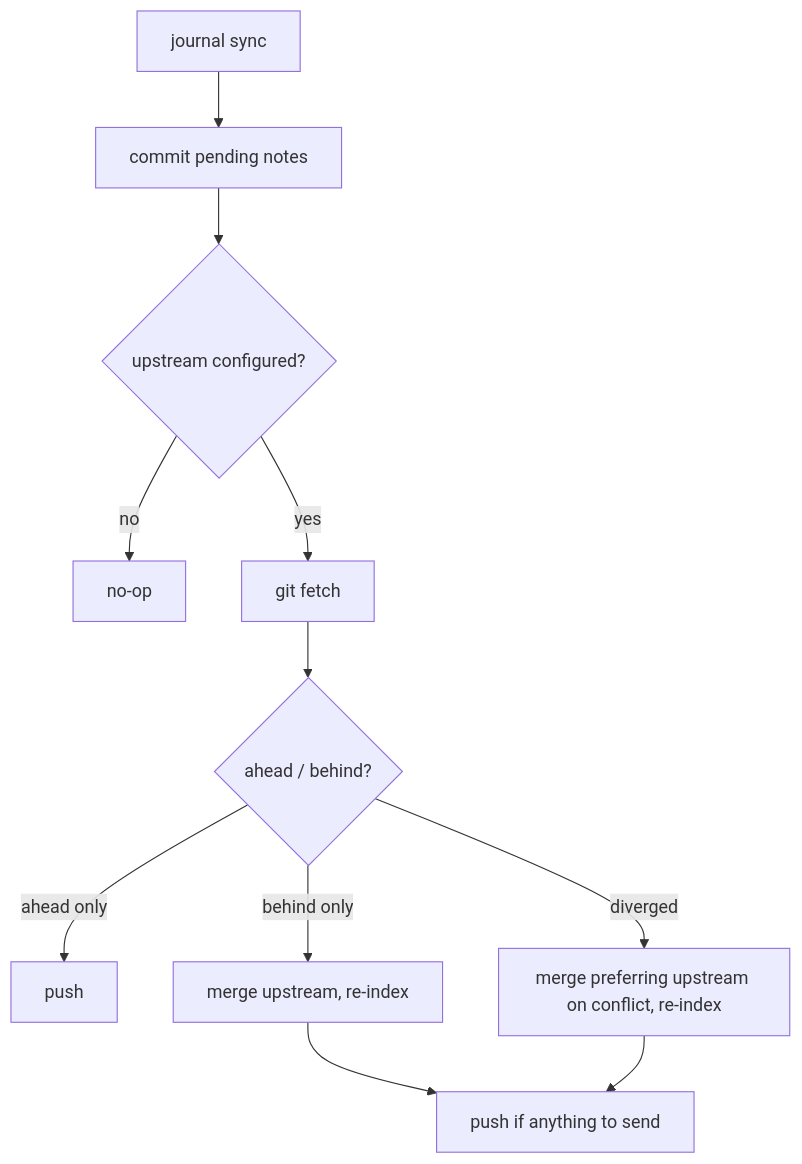
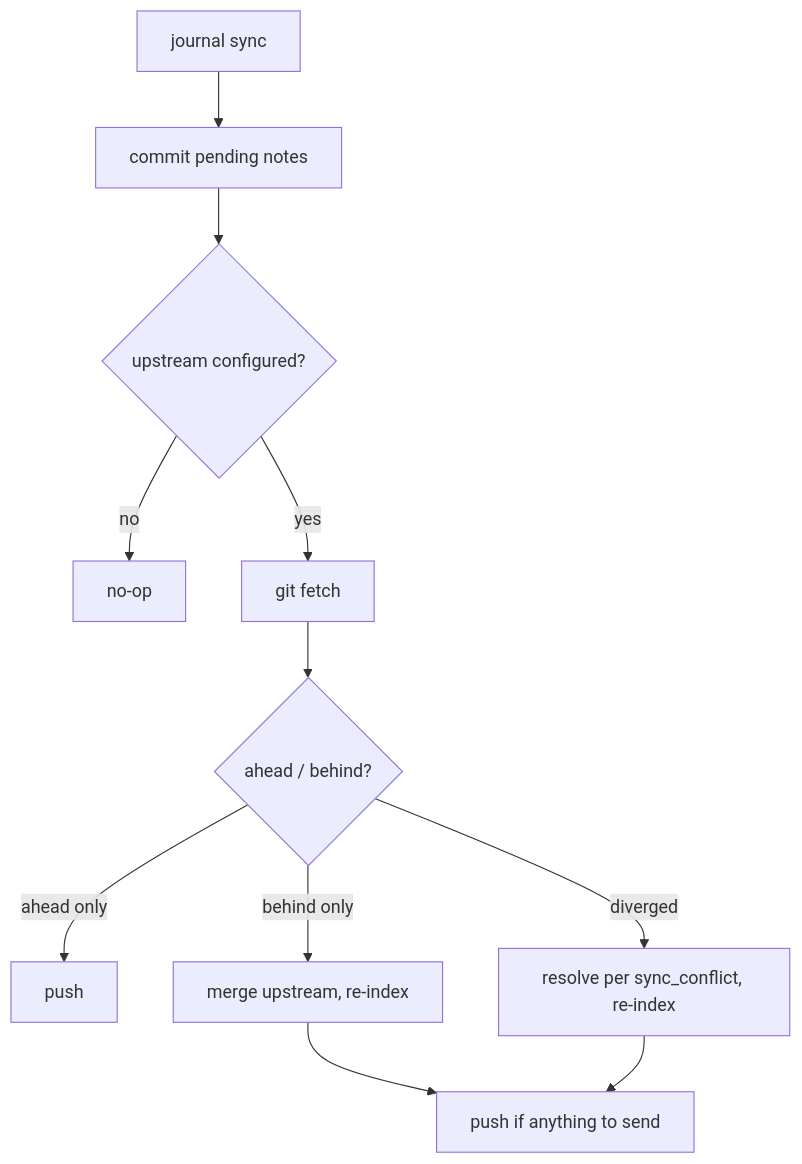
The diagram in cmd/templates/README.md (ericmann/journal), drawn with Mermaid before and after one commit. The commit also changed other lines of this file and 5 other files, not shown here.

````diff
--- a/cmd/templates/README.md
+++ b/cmd/templates/README.md
@@ -48,13 +51,13 @@
 ```mermaid
 flowchart TD
     A[journal sync] --> B[commit pending notes]
     B --> C{upstream configured?}
     C -- no --> Z[no-op]
     C -- yes --> D[git fetch]
     D --> E{ahead / behind?}
     E -- ahead only --> F[push]
     E -- behind only --> G[merge upstream, re-index]
-    E -- diverged --> H[merge preferring upstream on conflict, re-index]
+    E -- diverged --> H[resolve per sync_conflict, re-index]
     G --> I[push if anything to send]
     H --> I
 ```
````
